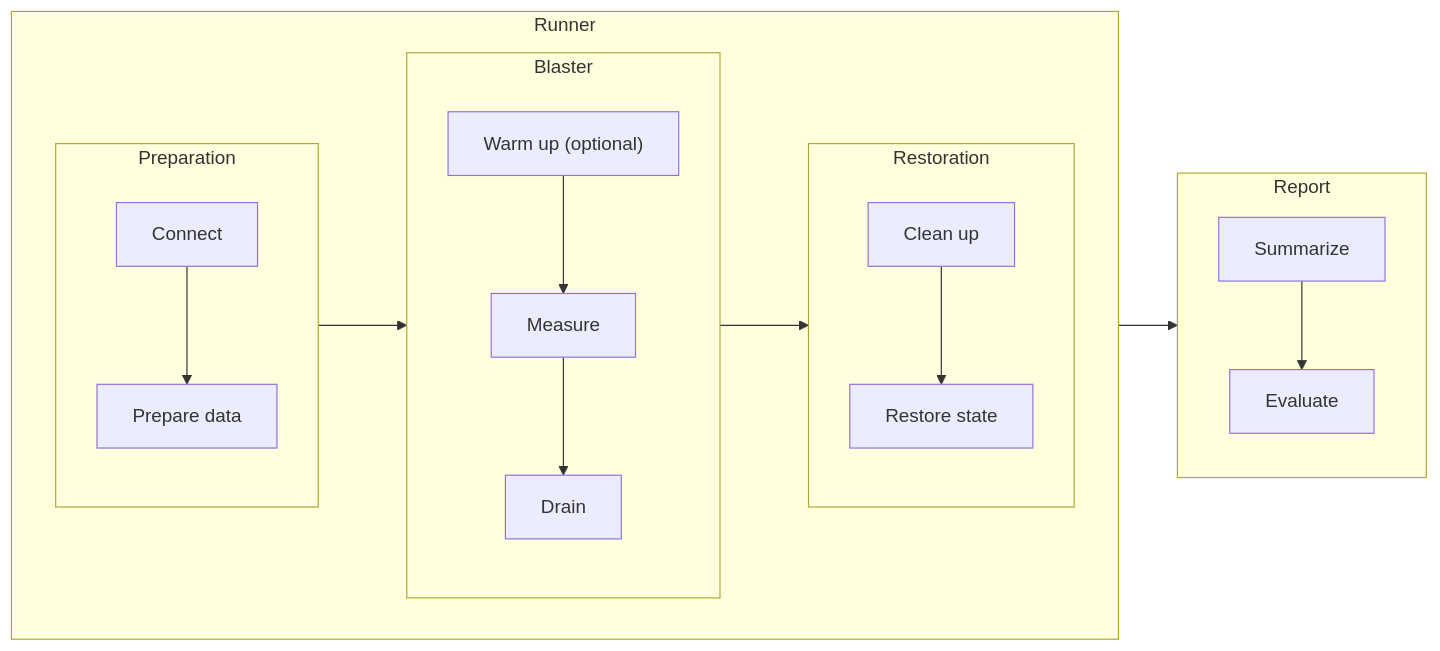
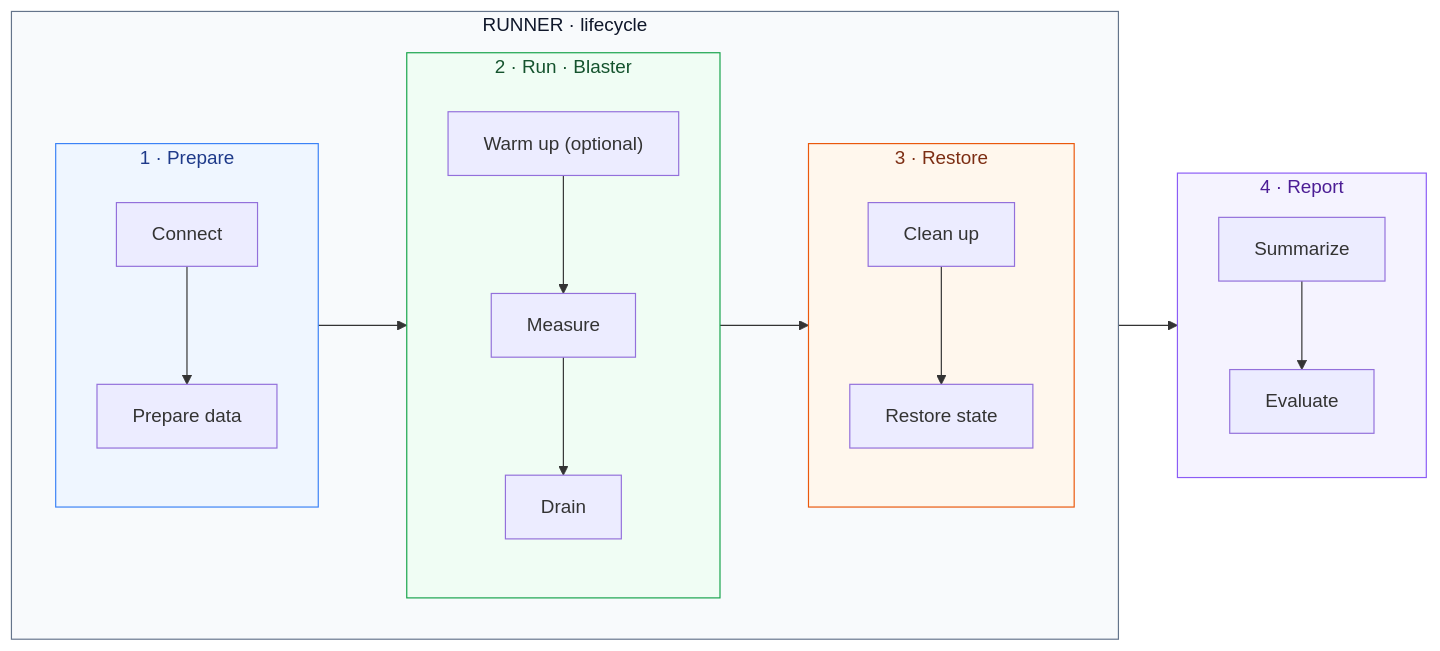
Before and after one commit to sonic-net/sonic-mgmt: the first of 2 diagrams in docs/testplan/gnmi-benchmark-design.md, drawn with Mermaid. The commit also changed other lines of this file, not shown here.

Commit message:
Clarify benchmark diagrams and simplify component documentation

````diff
--- a/docs/testplan/gnmi-benchmark-design.md
+++ b/docs/testplan/gnmi-benchmark-design.md
@@ -19,24 +19,29 @@
 ```mermaid
 flowchart LR
-    subgraph Runner["Runner"]
+    subgraph Runner["RUNNER · lifecycle"]
         direction LR
-        subgraph Preparation["Preparation"]
+        subgraph Preparation["1 · Prepare"]
             direction TB
             Connect["Connect"] --> Resources["Prepare data"]
         end
-        subgraph Blaster["Blaster"]
+        subgraph Blaster["2 · Run · Blaster"]
             direction TB
             Warmup["Warm up (optional)"] --> Measure["Measure"] --> Drain["Drain"]
         end
-        subgraph Restoration["Restoration"]
+        subgraph Restoration["3 · Restore"]
             direction TB
             Cleanup["Clean up"] --> Restore["Restore state"]
         end
         Preparation --> Blaster --> Restoration
     end
-    subgraph Report["Report"]
+    subgraph Report["4 · Report"]
         direction TB
         Summarize["Summarize"] --> Evaluate["Evaluate"]
     end
     Runner --> Report
+    style Runner fill:#f8fafc,stroke:#64748b,color:#0f172a
+    style Preparation fill:#eff6ff,stroke:#3b82f6,color:#1e3a8a
+    style Blaster fill:#f0fdf4,stroke:#16a34a,color:#14532d
+    style Restoration fill:#fff7ed,stroke:#ea580c,color:#7c2d12
+    style Report fill:#f5f3ff,stroke:#8b5cf6,color:#4c1d95
 ```
````
